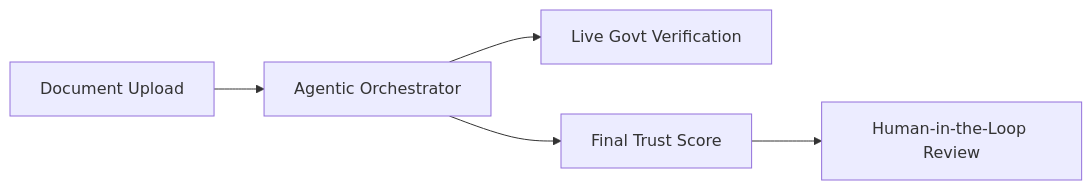
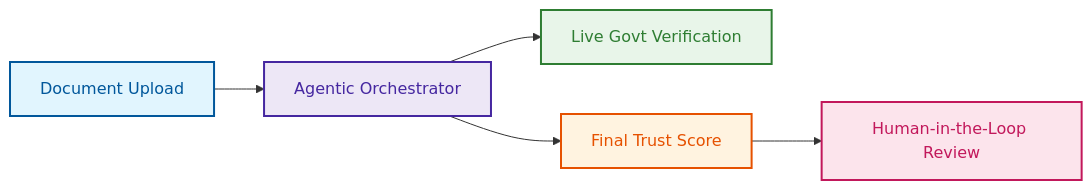
The diagram in README.md (Corsairs-Bejaia/Meayer-AI), drawn with Mermaid before and after one commit. The commit also changed other lines of this file, not shown here.

Commit message:
docs: update project description to doctor verification engine and improve mermaid diagram styling

````diff
--- a/README.md
+++ b/README.md
@@ -14,7 +14,13 @@
 ```mermaid
 graph LR
-    Input[Document Upload] --> AgenticPipeline[Agentic Orchestrator]
-    AgenticPipeline --> GovPortals[Live Govt Verification]
-    AgenticPipeline --> Result[Final Trust Score]
-    Result --> HITL[Human-in-the-Loop Review]
+    Input[Document Upload]:::input --> AgenticPipeline[Agentic Orchestrator]:::core
+    AgenticPipeline --> GovPortals[Live Govt Verification]:::gov
+    AgenticPipeline --> Result[Final Trust Score]:::result
+    Result --> HITL[Human-in-the-Loop Review]:::hitl
+
+    classDef input fill:#e1f5fe,stroke:#01579b,stroke-width:2px,color:#01579b
+    classDef core fill:#ede7f6,stroke:#4527a0,stroke-width:2px,color:#4527a0
+    classDef gov fill:#e8f5e9,stroke:#2e7d32,stroke-width:2px,color:#2e7d32
+    classDef result fill:#fff3e0,stroke:#e65100,stroke-width:2px,color:#e65100
+    classDef hitl fill:#fce4ec,stroke:#c2185b,stroke-width:2px,color:#c2185b
 ```
````
